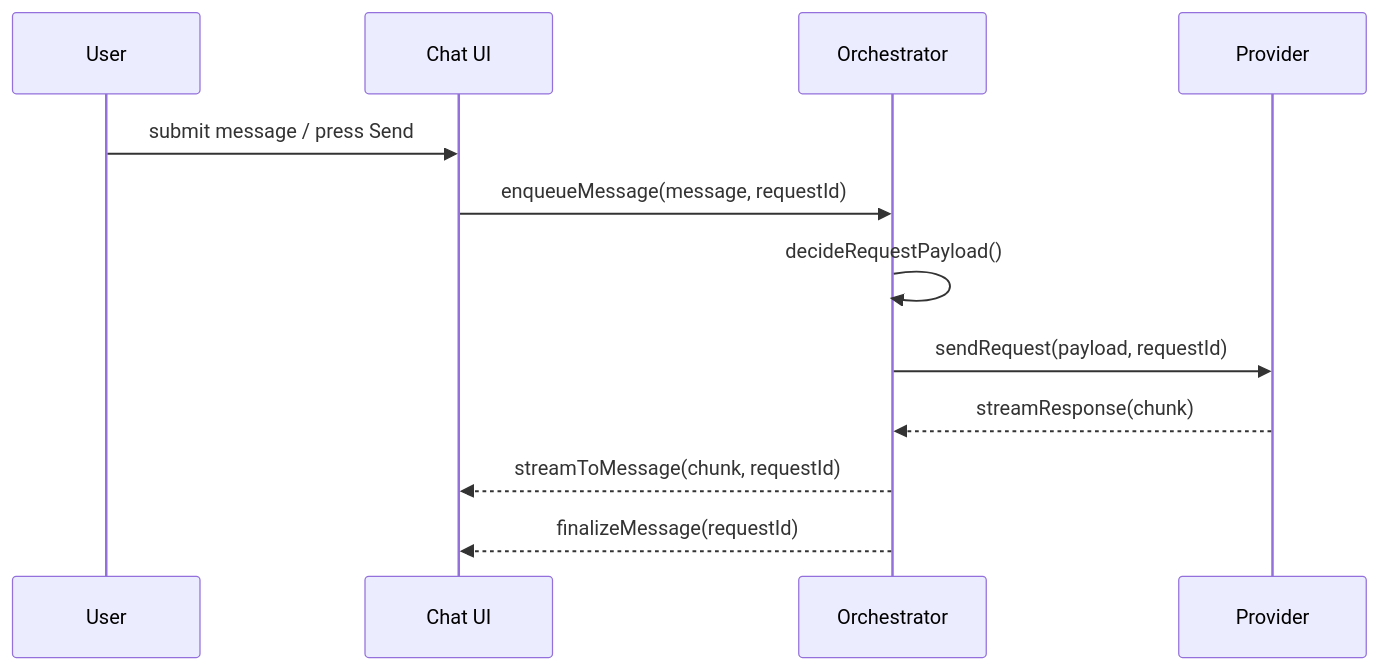
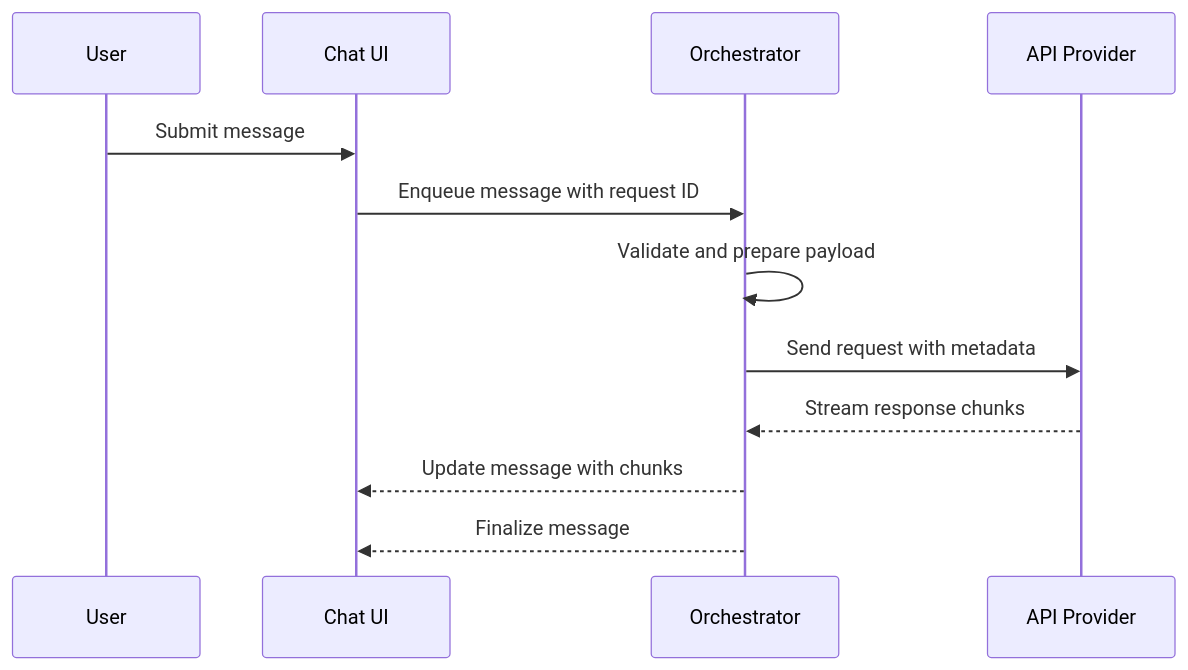
Before and after one commit to mschulkind/kilocode: the diagram in docs/ui/UI_CHAT_TASK_WINDOW.md, drawn with Mermaid. The commit also changed other lines of this file and 4 other files, not shown here.

````diff
--- a/docs/ui/UI_CHAT_TASK_WINDOW.md
+++ b/docs/ui/UI_CHAT_TASK_WINDOW.md
@@ -98,15 +49,15 @@
 ```mermaid
 sequenceDiagram
-  participant U as User
-  participant UI as Chat UI
-  participant O as Orchestrator
-  participant API as Provider
+    participant User
+    participant ChatUI as Chat UI
+    participant Orchestrator
+    participant Provider as API Provider
 
-  U->>UI: submit message / press Send
-  UI->>O: enqueueMessage(message, requestId)
-  O->>O: decideRequestPayload()
-  O->>API: sendRequest(payload, requestId)
-  API-->>O: streamResponse(chunk)
-  O-->>UI: streamToMessage(chunk, requestId)
-  O-->>UI: finalizeMessage(requestId)
+    User->>ChatUI: Submit message
+    ChatUI->>Orchestrator: Enqueue message with request ID
+    Orchestrator->>Orchestrator: Validate and prepare payload
+    Orchestrator->>Provider: Send request with metadata
+    Provider-->>Orchestrator: Stream response chunks
+    Orchestrator-->>ChatUI: Update message with chunks
+    Orchestrator-->>ChatUI: Finalize message
 ```
````
